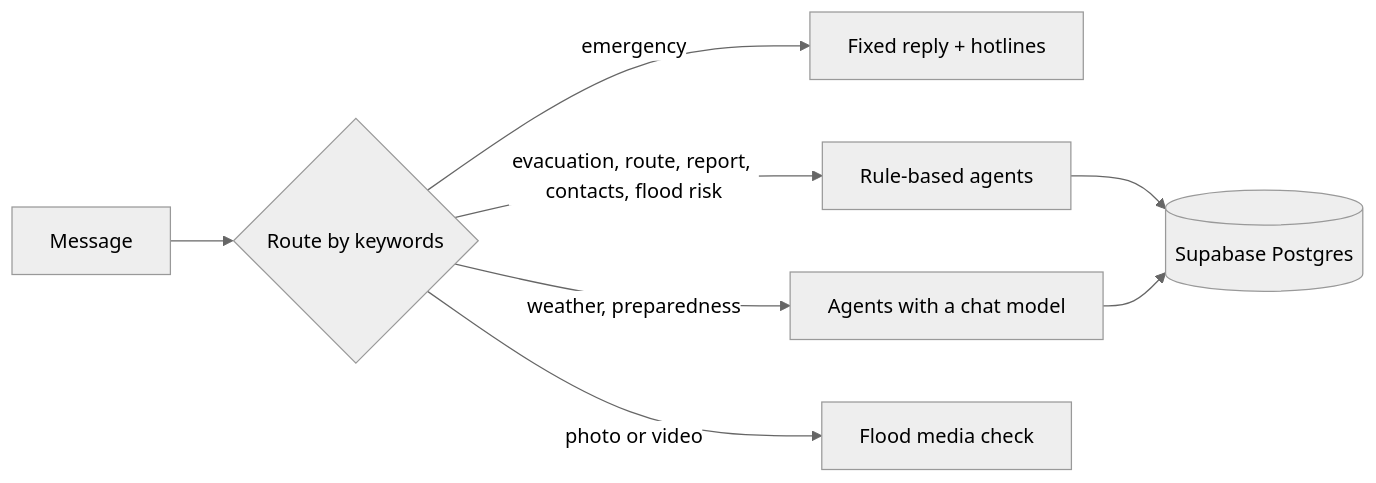
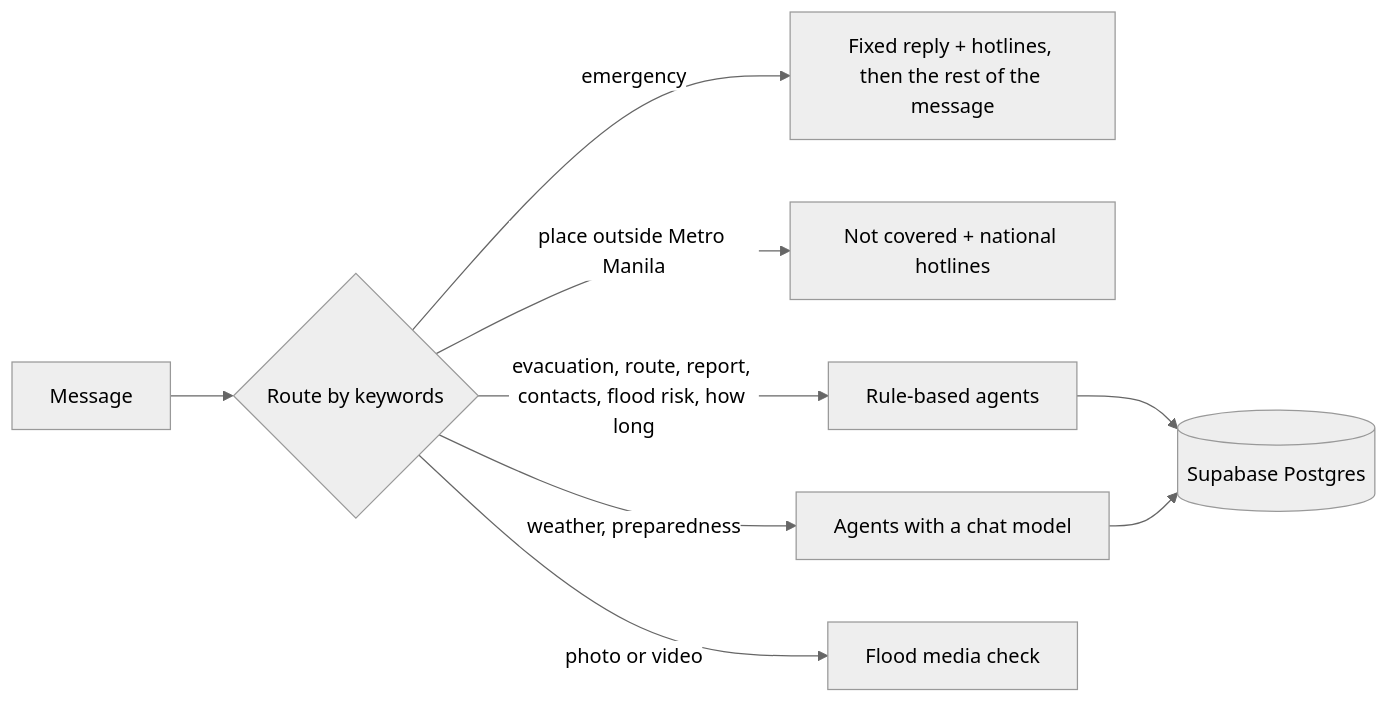
The diagram in README.md (kennethmedes28/AI-Mihan), drawn with Mermaid (neutral theme) before and after one commit. The commit also changed other lines of this file and 16 other files, not shown here.

````diff
--- a/README.md
+++ b/README.md
@@ -80,10 +130,11 @@
 ```mermaid
 flowchart LR
     M[Message] --> R{Route by keywords}
-    R -->|emergency| E[Fixed reply + hotlines]
-    R -->|evacuation, route, report, contacts, flood risk| A[Rule-based agents]
+    R -->|emergency| E[Fixed reply + hotlines, then the rest of the message]
+    R -->|place outside Metro Manila| O[Not covered + national hotlines]
+    R -->|evacuation, route, report, contacts, flood risk, how long| A[Rule-based agents]
     R -->|weather, preparedness| L[Agents with a chat model]
     R -->|photo or video| V[Flood media check]
     A --> D[(Supabase Postgres)]
     L --> D
 ```
````
